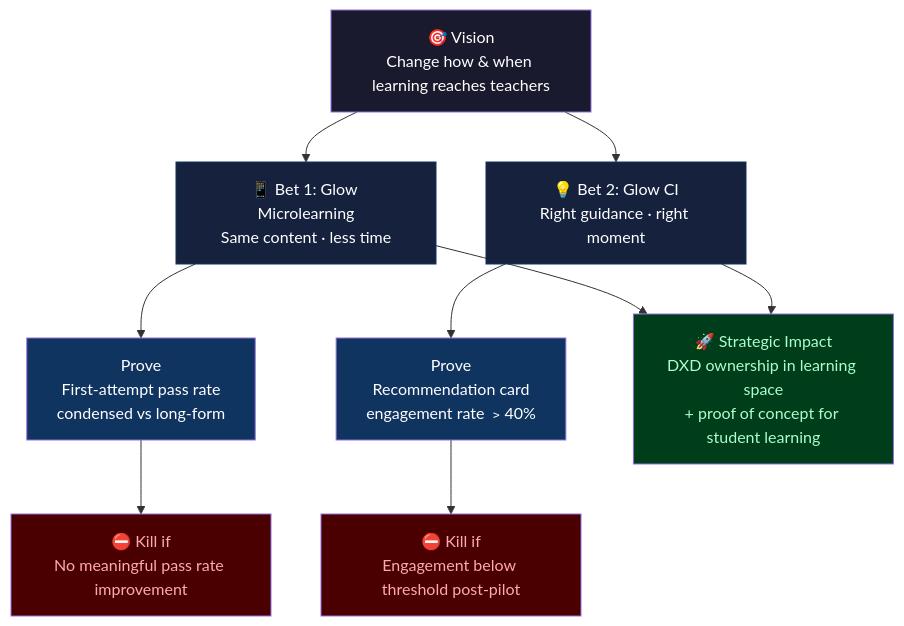
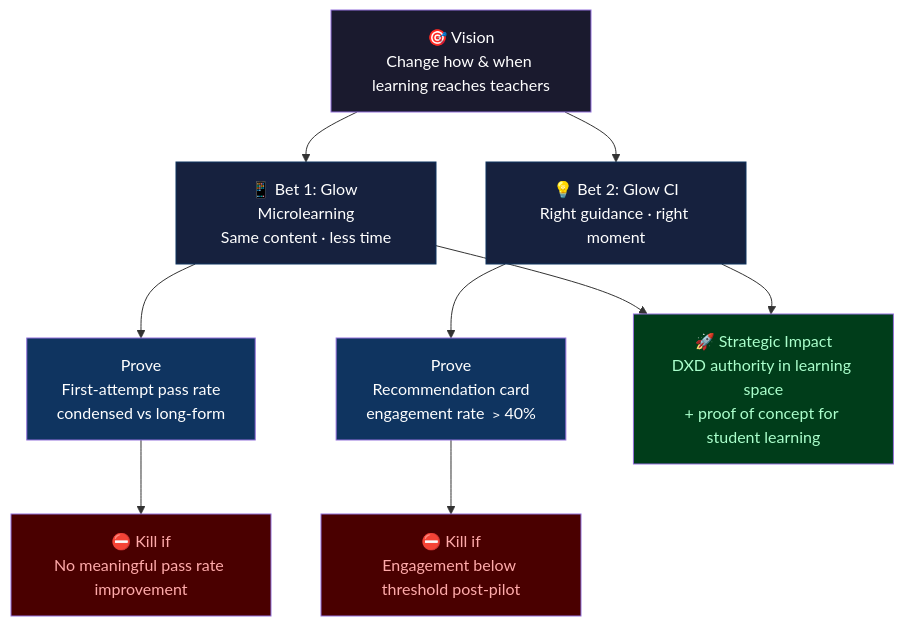
Before and after one commit to jasminetay-moe/Glow: the diagram in Strategy/Glow Strategy.md, drawn with Mermaid. The commit also changed other lines of this file, not shown here.

Commit message:
Fix wording: ownership -> authority

````diff
--- a/Strategy/Glow Strategy.md
+++ b/Strategy/Glow Strategy.md
@@ -6,25 +6,25 @@
 ```mermaid
 graph TD
     V["🎯 Vision\nChange how & when learning reaches teachers"]
 
     V --> B1["📱 Bet 1: Glow Microlearning\nSame content · less time"]
     V --> B2["💡 Bet 2: Glow CI\nRight guidance · right moment"]
 
     B1 --> PR1["Prove\nFirst-attempt pass rate\ncondensed vs long-form"]
     B2 --> PR2["Prove\nRecommendation card\nengagement rate ﹥40%"]
 
     PR1 --> K1["⛔ Kill if\nNo meaningful pass rate improvement"]
     PR2 --> K2["⛔ Kill if\nEngagement below threshold post-pilot"]
 
-    B1 --> SI["🚀 Strategic Impact\nDXD ownership in learning space\n+ proof of concept for student learning"]
+    B1 --> SI["🚀 Strategic Impact\nDXD authority in learning space\n+ proof of concept for student learning"]
     B2 --> SI
 
     style V fill:#1a1a2e,color:#fff,stroke:#none
     style B1 fill:#16213e,color:#fff,stroke:#0f3460
     style B2 fill:#16213e,color:#fff,stroke:#0f3460
     style PR1 fill:#0f3460,color:#fff,stroke:#none
     style PR2 fill:#0f3460,color:#fff,stroke:#none
     style K1 fill:#4a0000,color:#ffaaaa,stroke:#none
     style K2 fill:#4a0000,color:#ffaaaa,stroke:#none
     style SI fill:#003d1a,color:#aaffcc,stroke:#none
 ```
````
